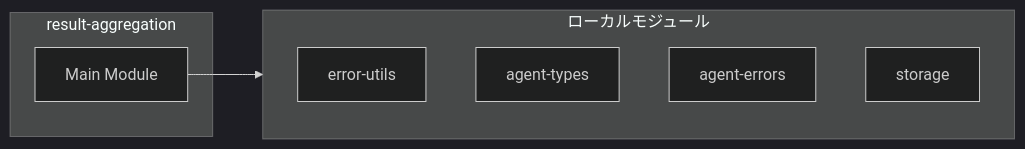
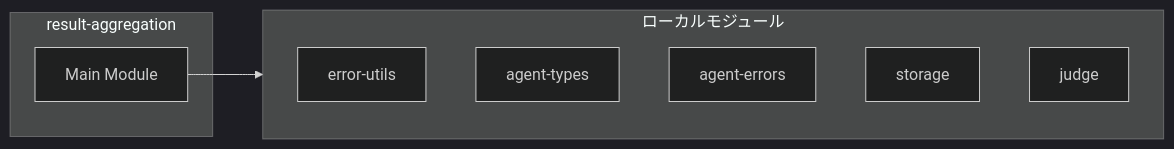
The first of 3 diagrams in ABDD/.pi/extensions/agent-teams/result-aggregation.md (Mekann2904/mekann), drawn with Mermaid (dark theme) before and after one commit. The commit also changed other lines of this file and 257 other files, not shown here.

````diff
--- a/ABDD/.pi/extensions/agent-teams/result-aggregation.md
+++ b/ABDD/.pi/extensions/agent-teams/result-aggregation.md
@@ -39,13 +41,14 @@
 ```mermaid
 flowchart LR
   subgraph this[result-aggregation]
     main[Main Module]
   end
   subgraph local[ローカルモジュール]
     error_utils["error-utils"]
     agent_types["agent-types"]
     agent_errors["agent-errors"]
     storage["storage"]
+    judge["judge"]
   end
   main --> local
 ```
````
